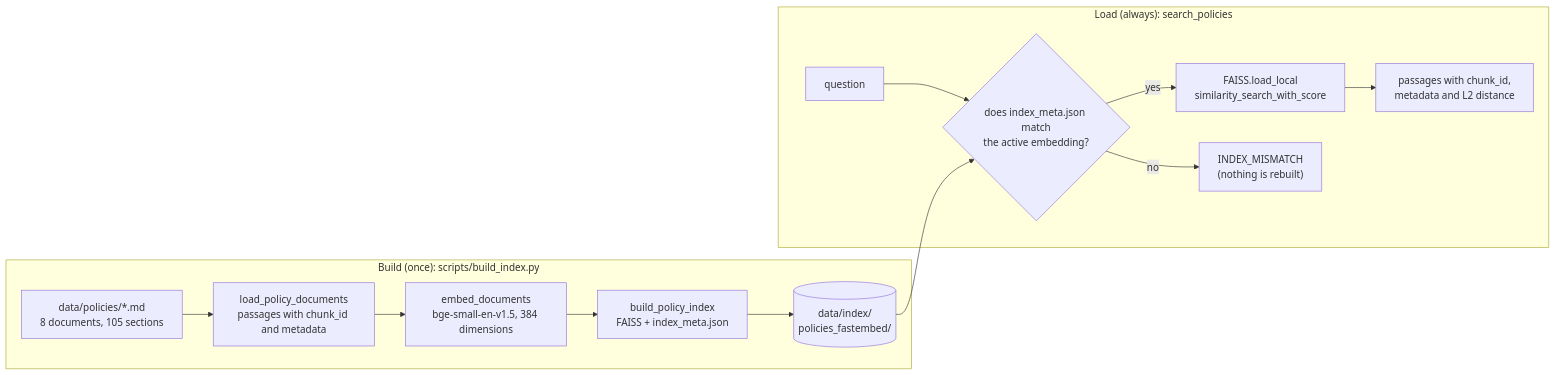
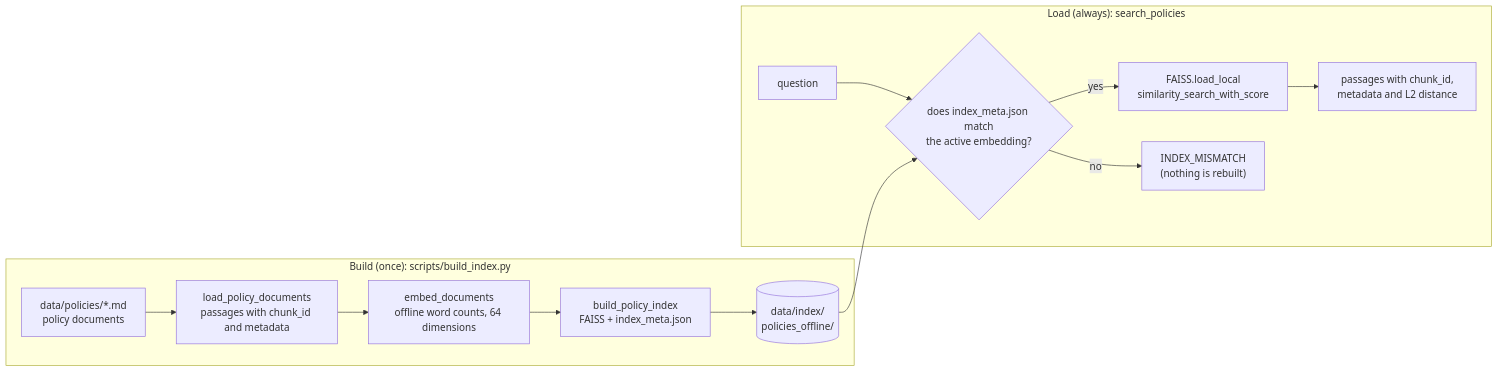
One commit to erikunha/ledgerlens changed the diagram in docs/decisions/ADR-006-embeddings-and-index.md. Above: the diagram before and after it, drawn with Mermaid. The commit also changed other lines of this file and 53 other files, not shown here.

````diff
--- a/docs/decisions/ADR-006-embeddings-and-index.md
+++ b/docs/decisions/ADR-006-embeddings-and-index.md
@@ -27,16 +28,16 @@
 ```mermaid
 flowchart LR
   subgraph build["Build (once): scripts/build_index.py"]
-    P["data/policies/*.md<br/>8 documents, 105 sections"] --> C["load_policy_documents<br/>passages with chunk_id and metadata"]
-    C --> E["embed_documents<br/>bge-small-en-v1.5, 384 dimensions"]
+    P["data/policies/*.md<br/>policy documents"] --> C["load_policy_documents<br/>passages with chunk_id and metadata"]
+    C --> E["embed_documents<br/>offline word counts, 64 dimensions"]
     E --> W["build_policy_index<br/>FAISS + index_meta.json"]
-    W --> D[("data/index/<br/>policies_fastembed/")]
+    W --> D[("data/index/<br/>policies_offline/")]
   end
   subgraph load["Load (always): search_policies"]
     Q["question"] --> M{"does index_meta.json match<br/>the active embedding?"}
     D --> M
     M -->|yes| S["FAISS.load_local<br/>similarity_search_with_score"]
     M -->|no| X["INDEX_MISMATCH<br/>(nothing is rebuilt)"]
     S --> R["passages with chunk_id,<br/>metadata and L2 distance"]
   end
 ```
````
